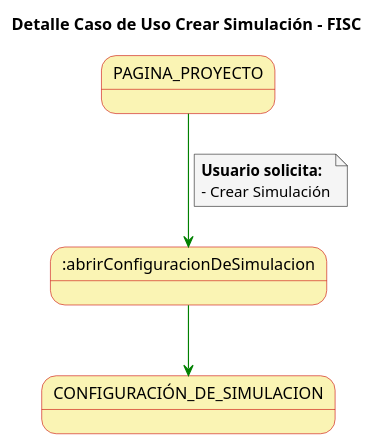
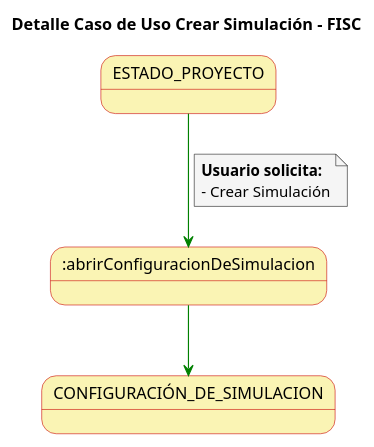
The diagram in casosDeUso/detallesCasosUso/detalleCasoUsoCrearSimulacion.puml (mmasias/23-24-IdSw1-SDR), drawn with PlantUML before and after one commit. The commit also changed 7 other files, not shown here.

```diff
--- a/casosDeUso/detallesCasosUso/detalleCasoUsoCrearSimulacion.puml
+++ b/casosDeUso/detallesCasosUso/detalleCasoUsoCrearSimulacion.puml
@@ -1,25 +1,25 @@
 @startuml
 
 skinparam state {
   BackgroundColor #faf4b4
   BorderColor #c90000
 }
 
 skinparam note {
   BackgroundColor #f5f5f5
 }
 
 skinparam linetype polyline
 
 title Detalle Caso de Uso Crear Simulación - FISC
 
 
-PAGINA_PROYECTO-[#green]-> :abrirConfiguracionDeSimulacion
+ESTADO_PROYECTO-[#green]-> :abrirConfiguracionDeSimulacion
 note on link
   **Usuario solicita:**
   - Crear Simulación
 end note
 
 :abrirConfiguracionDeSimulacion -[#green]-> CONFIGURACIÓN_DE_SIMULACION
 
 @enduml
```
